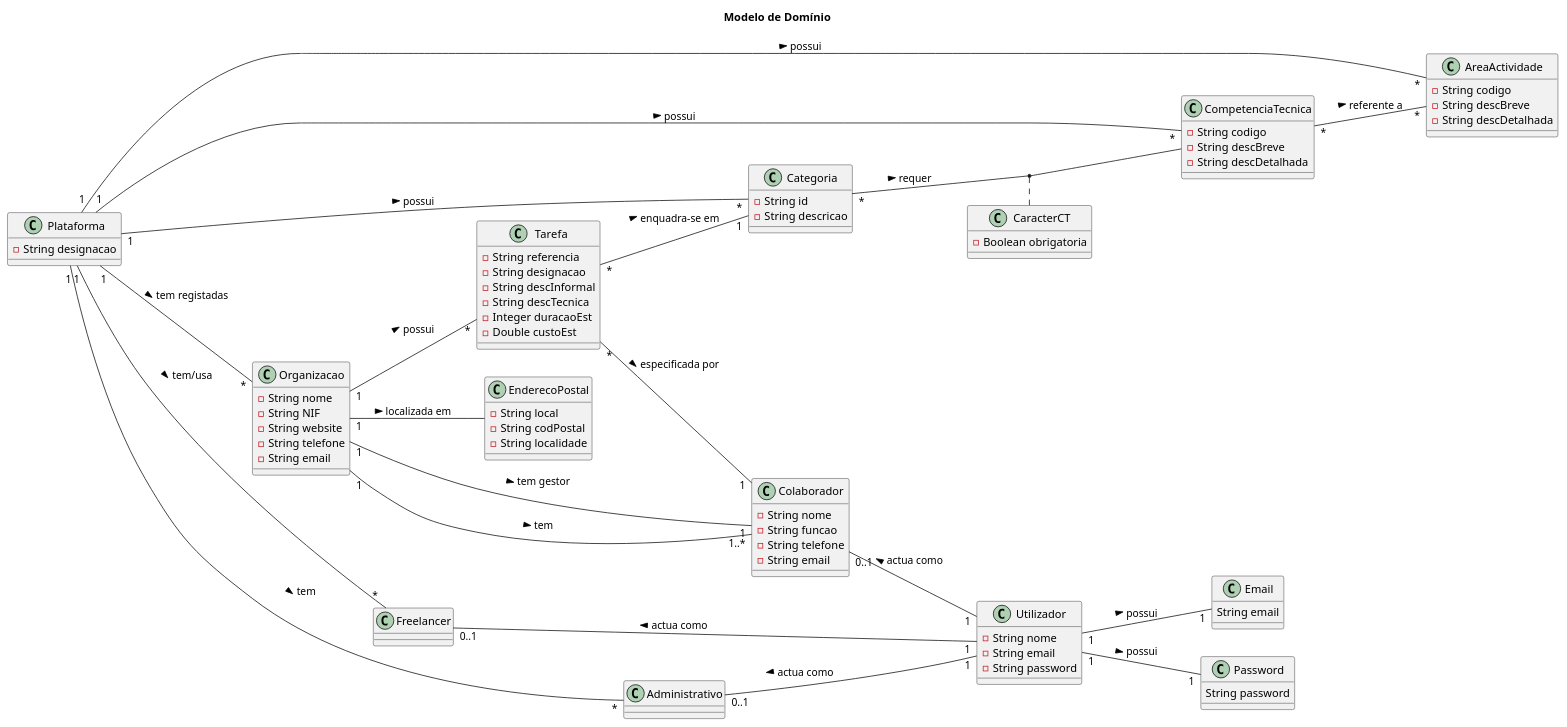
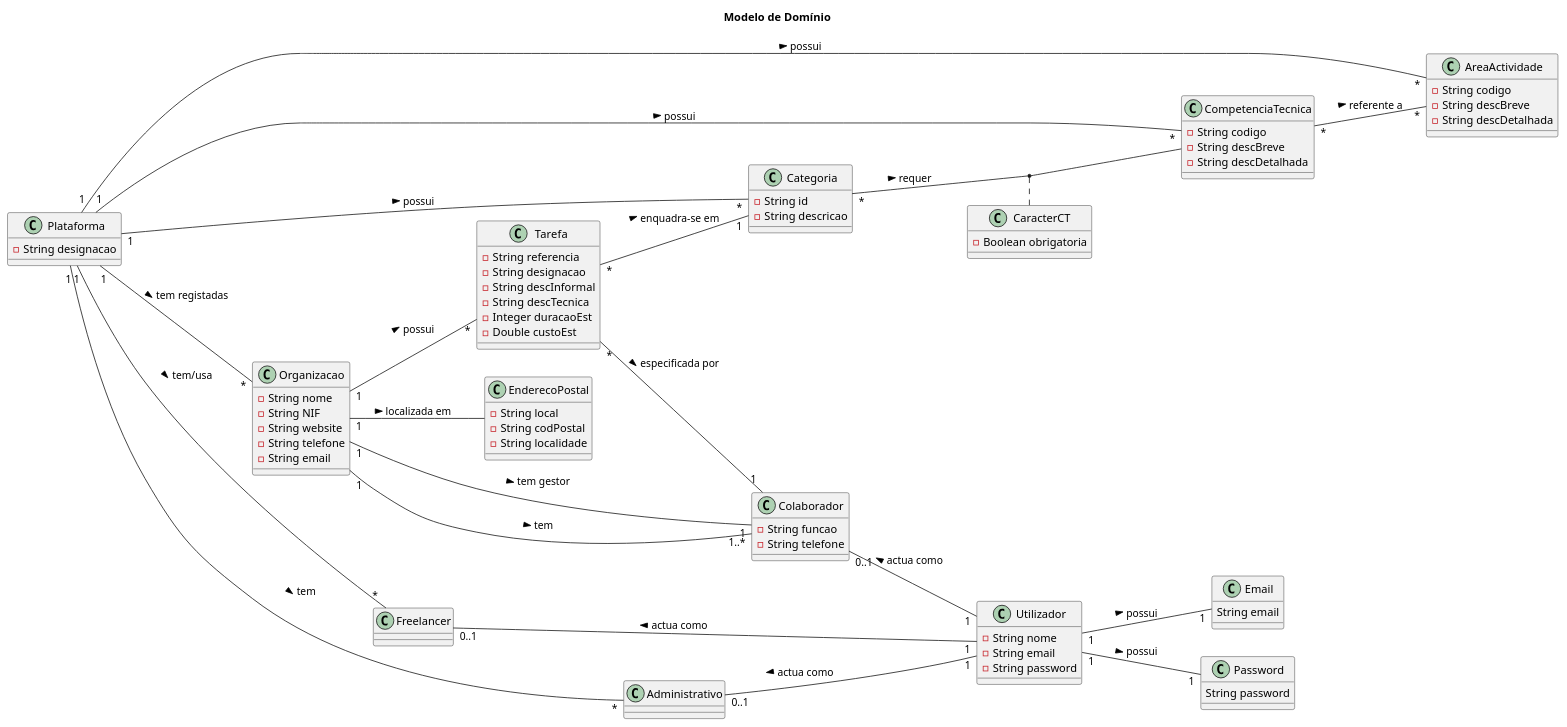
The diagram in Sprint 2/Modelo_Dominio.puml (blestonbandeiraUPSKILL/upskill_java1_labprg_grupo2), drawn with PlantUML before and after one commit. The commit also changed 1 other file, not shown here.

```diff
--- a/Sprint 2/Modelo_Dominio.puml
+++ b/Sprint 2/Modelo_Dominio.puml
@@ -1,102 +1,100 @@
 @startuml
 title Modelo de Domínio
 
 left to right direction
 class Plataforma {
     -String designacao
 }
 
 class AreaActividade {
     -String codigo
     -String descBreve
     -String descDetalhada
 }
 
 class CompetenciaTecnica {
     -String codigo
     -String descBreve
     -String descDetalhada
 }
 
 class Organizacao {
     -String nome
     -String NIF
     -String website
     -String telefone
     -String email
 }
 
 class Tarefa {
     -String referencia
     -String designacao
     -String descInformal
     -String descTecnica
     -Integer duracaoEst
     -Double custoEst
 }
 
 class CaracterCT {
     -Boolean obrigatoria
 }
 
 class Categoria {
     -String id
     -String descricao 
 }
 
 class Colaborador {
-    -String nome
     -String funcao
     -String telefone
-    -String email
 }
 
 class EnderecoPostal {
     -String local
     -String codPostal
     -String localidade
 }
 
 class Freelancer {
 }
 
 class Administrativo {
 }
 
 class Utilizador {
     -String nome
     -String email
     -String password
 }
 
 class Password {
     String password
 }
 
 class Email {
     String email
 }
 
 Plataforma"1" -- "*"Organizacao: tem registadas >
 Plataforma"1" -- "*"Freelancer: tem/usa >
 Plataforma"1" -- "*"Administrativo: tem >
 Plataforma"1" -- "*"AreaActividade: possui >
 Plataforma"1" -- "*"CompetenciaTecnica: possui >
 Plataforma"1" -- "*"Categoria: possui >
 Tarefa"*" -- "1"Categoria: enquadra-se em >
 Tarefa"*" -- "1"Colaborador: especificada por >
 CompetenciaTecnica"*" -- "*"AreaActividade: referente a >
 Organizacao"1" -- "*"Tarefa: possui >
 Organizacao"1" -- EnderecoPostal: localizada em >
 Organizacao"1" -- "1"Colaborador: tem gestor >
 Organizacao"1" -- "1..*"Colaborador: tem >
 Freelancer"0..1" -- "1"Utilizador: actua como <
 Administrativo"0..1" -- "1"Utilizador: actua como <
 Colaborador"0..1" -- "1"Utilizador: actua como <
 Categoria"*" -- CompetenciaTecnica: requer >
 (Categoria, CompetenciaTecnica) . CaracterCT
 Utilizador"1" -- "1"Email: possui >
 Utilizador"1" -- "1"Password: possui >
 
 
 @enduml
```
